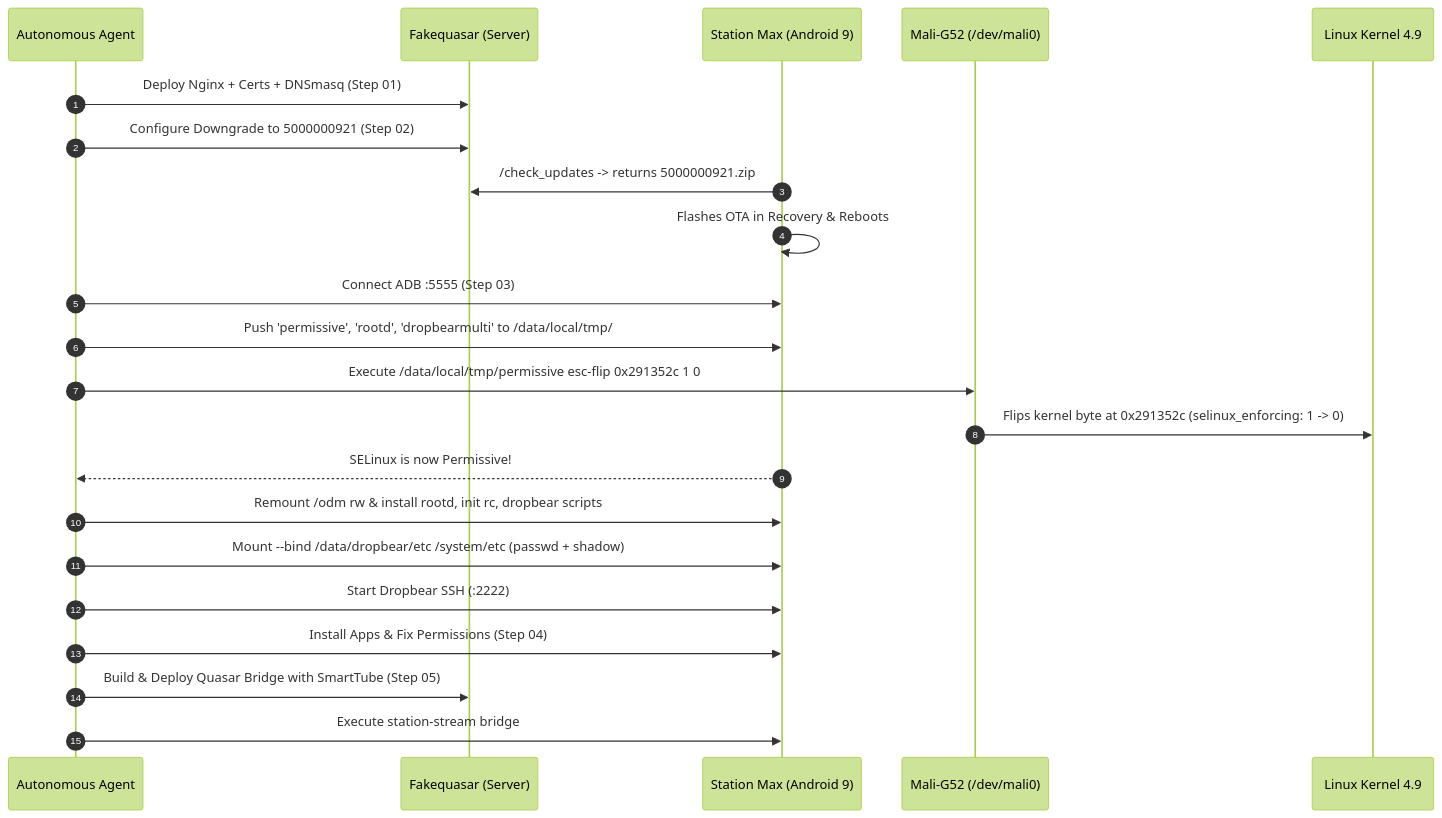
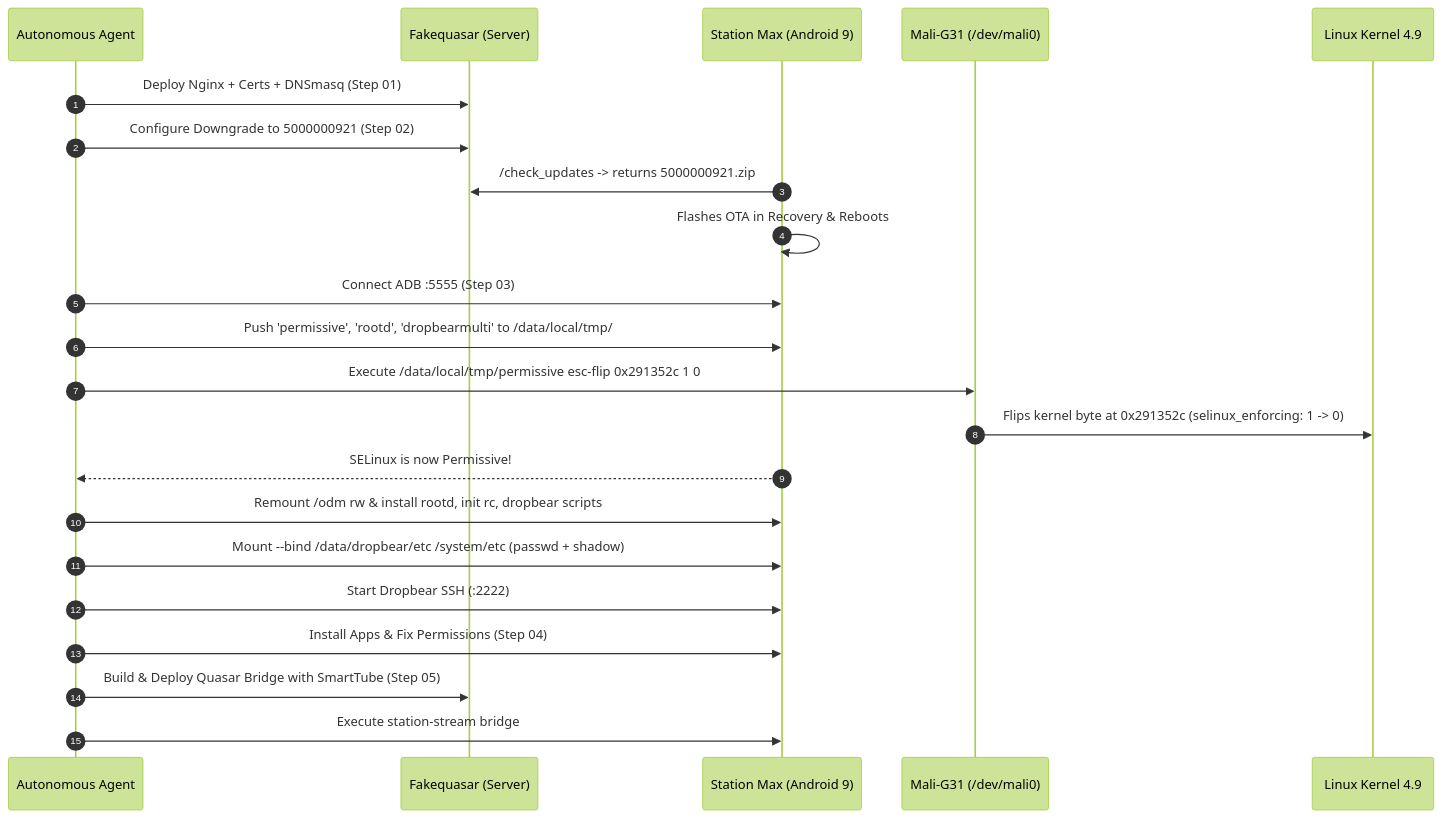
The diagram in AGENT.md (DmitryOkunev/station-max), drawn with Mermaid (forest theme) before and after one commit. The commit also changed other lines of this file and 1 other file, not shown here.

Commit message:
docs: correct SoC to Amlogic S905X2 and GPU to Mali-G31 MP2

````diff
--- a/AGENT.md
+++ b/AGENT.md
@@ -76,25 +76,25 @@
 ```mermaid
 sequenceDiagram
     autonumber
     participant Agent as Autonomous Agent
     participant FQ as Fakequasar (Server)
     participant Station as Station Max (Android 9)
-    participant GPU as Mali-G52 (/dev/mali0)
+    participant GPU as Mali-G31 (/dev/mali0)
     participant Kernel as Linux Kernel 4.9
 
     Agent->>FQ: Deploy Nginx + Certs + DNSmasq (Step 01)
     Agent->>FQ: Configure Downgrade to 5000000921 (Step 02)
     Station->>FQ: /check_updates -> returns 5000000921.zip
     Station->>Station: Flashes OTA in Recovery & Reboots
     Agent->>Station: Connect ADB :5555 (Step 03)
     Agent->>Station: Push 'permissive', 'rootd', 'dropbearmulti' to /data/local/tmp/
     Agent->>GPU: Execute /data/local/tmp/permissive esc-flip 0x291352c 1 0
     GPU->>Kernel: Flips kernel byte at 0x291352c (selinux_enforcing: 1 -> 0)
     Station-->>Agent: SELinux is now Permissive!
     Agent->>Station: Remount /odm rw & install rootd, init rc, dropbear scripts
     Agent->>Station: Mount --bind /data/dropbear/etc /system/etc (passwd + shadow)
     Agent->>Station: Start Dropbear SSH (:2222)
     Agent->>Station: Install Apps & Fix Permissions (Step 04)
     Agent->>FQ: Build & Deploy Quasar Bridge with SmartTube (Step 05)
     Agent->>Station: Execute station-stream bridge
 ```
````
